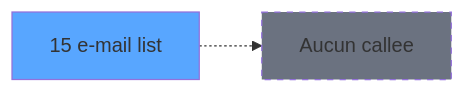
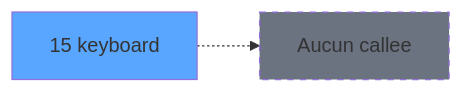
The third of 3 diagrams in .openspec/specs/ADH-IDE-15.md (thonyAGP/lecteur-magic), drawn with Mermaid before and after one commit. The commit also changed other lines of this file and 493 other files, not shown here.

````diff
--- a/.openspec/specs/ADH-IDE-15.md
+++ b/.openspec/specs/ADH-IDE-15.md
@@ -126,8 +939,8 @@
 ```mermaid
 graph LR
-    T15[15 e-mail list]
+    T15[15 keyboard]
     style T15 fill:#58a6ff
     NONE[Aucun callee]
     T15 -.-> NONE
     style NONE fill:#6b7280,stroke-dasharray: 5 5
 ```
````
